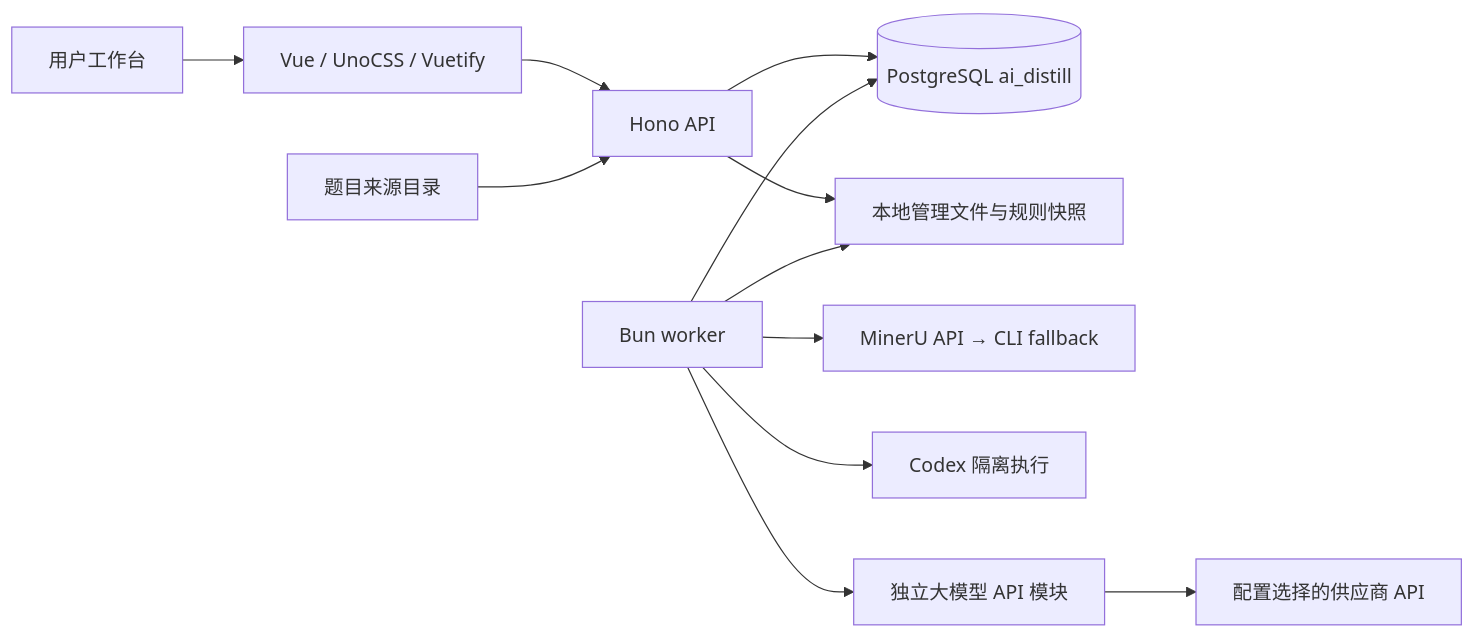
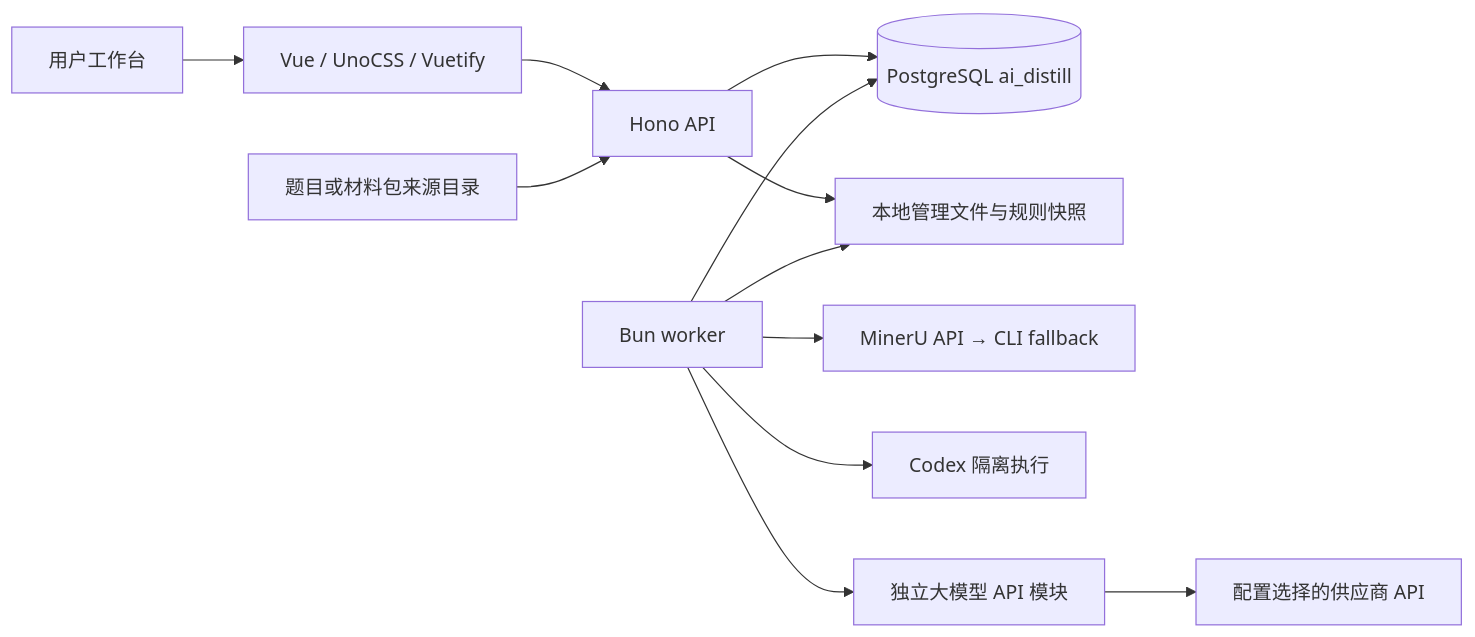
Before and after one commit to oushihao08/ai-distill: the diagram in docs/architecture.md, drawn with Mermaid. The commit also changed other lines of this file and 267 other files, not shown here.

````diff
--- a/docs/architecture.md
+++ b/docs/architecture.md
@@ -20,14 +26,14 @@
 ```mermaid
 flowchart LR
   User[用户工作台] --> Web[Vue / UnoCSS / Vuetify]
   Web --> API[Hono API]
   API --> DB[(PostgreSQL ai_distill)]
   API --> Files[本地管理文件与规则快照]
   Worker[Bun worker] --> DB
   Worker --> Files
   Worker --> PDF[MinerU API → CLI fallback]
   Worker --> Codex[Codex 隔离执行]
   Worker --> ModelAPI[独立大模型 API 模块]
   ModelAPI --> Models[配置选择的供应商 API]
-  Source[题目来源目录] --> API
+  Source[题目或材料包来源目录] --> API
 ```
````
